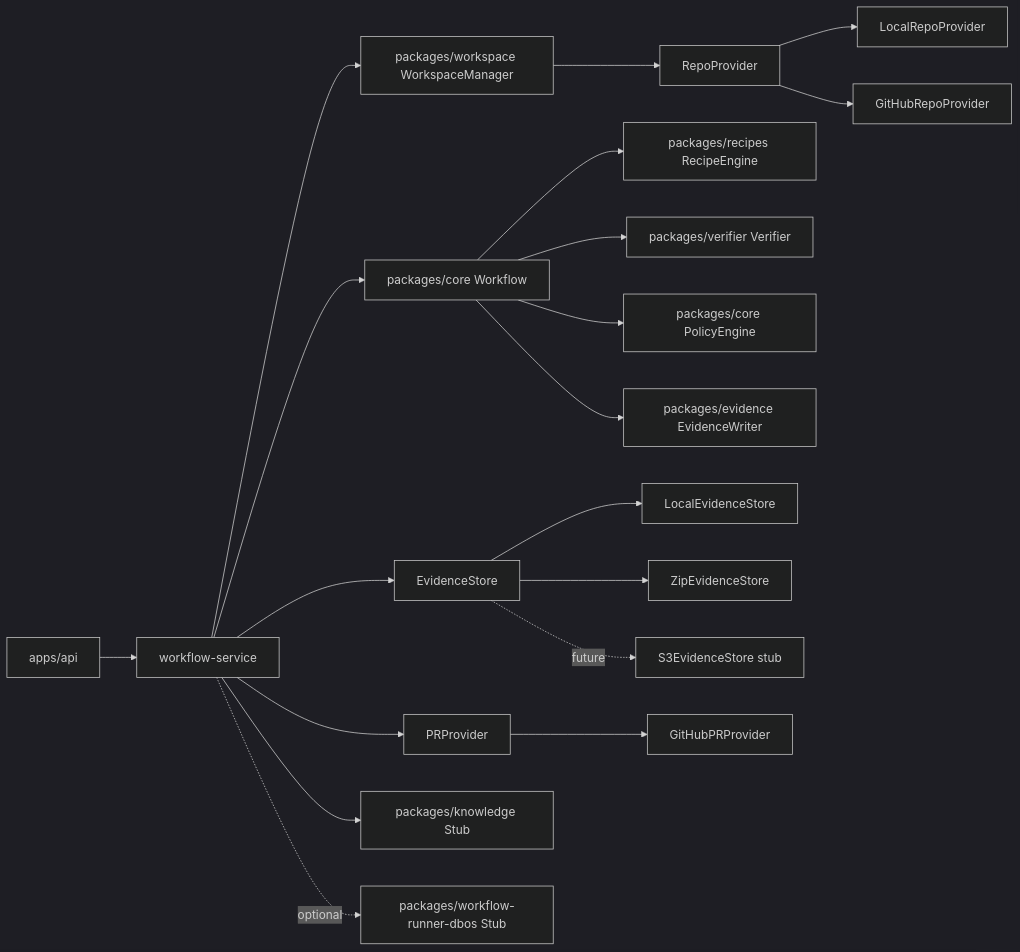
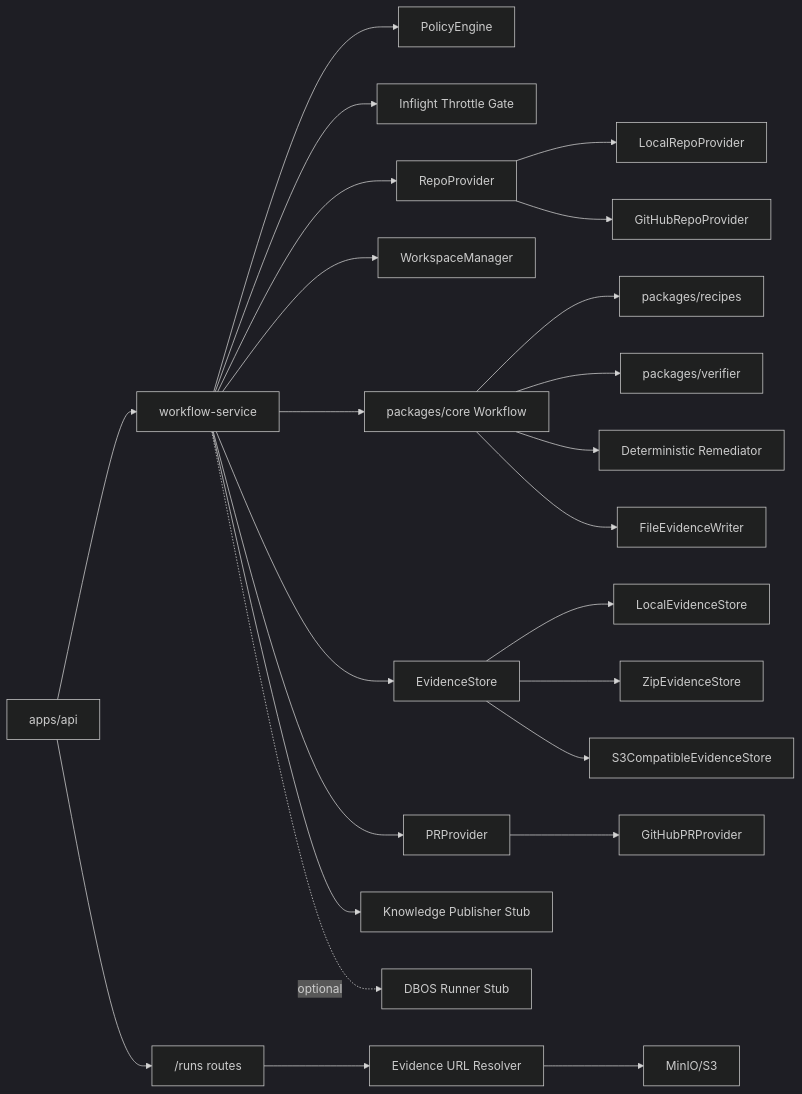
Before and after one commit to Coreledger-tech/code-porter: the first of 2 diagrams in docs/ARCHITECTURE.md, drawn with Mermaid (dark theme). The commit also changed other lines of this file and 69 other files, not shown here.

````diff
--- a/docs/ARCHITECTURE.md
+++ b/docs/ARCHITECTURE.md
@@ -4,21 +4,26 @@
 ```mermaid
 flowchart LR
-  API[apps/api] --> SVC[workflow-service]
-  SVC --> WM[packages/workspace WorkspaceManager]
-  WM --> RP[RepoProvider]
-  RP --> LRP[LocalRepoProvider]
-  RP --> GRP[GitHubRepoProvider]
-  SVC --> CORE[packages/core Workflow]
-  CORE --> REC[packages/recipes RecipeEngine]
-  CORE --> VER[packages/verifier Verifier]
-  CORE --> POL[packages/core PolicyEngine]
-  CORE --> EW[packages/evidence EvidenceWriter]
-  SVC --> ES[EvidenceStore]
-  ES --> LES[LocalEvidenceStore]
-  ES --> ZES[ZipEvidenceStore]
-  ES -. future .-> SES[S3EvidenceStore stub]
-  SVC --> PR[PRProvider]
-  PR --> GPR[GitHubPRProvider]
-  SVC --> KNOW[packages/knowledge Stub]
-  SVC -. optional .-> DBOS[packages/workflow-runner-dbos Stub]
+  API["apps/api"] --> SVC["workflow-service"]
+  SVC --> POL["PolicyEngine"]
+  SVC --> THROTTLE["Inflight Throttle Gate"]
+  SVC --> RP["RepoProvider"]
+  RP --> LRP["LocalRepoProvider"]
+  RP --> GRP["GitHubRepoProvider"]
+  SVC --> WM["WorkspaceManager"]
+  SVC --> CORE["packages/core Workflow"]
+  CORE --> REC["packages/recipes"]
+  CORE --> VER["packages/verifier"]
+  CORE --> REM["Deterministic Remediator"]
+  CORE --> EW["FileEvidenceWriter"]
+  SVC --> ES["EvidenceStore"]
+  ES --> LES["LocalEvidenceStore"]
+  ES --> ZES["ZipEvidenceStore"]
+  ES --> SES["S3CompatibleEvidenceStore"]
+  SVC --> PR["PRProvider"]
+  PR --> GPR["GitHubPRProvider"]
+  API --> RUNS["/runs routes"]
+  RUNS --> URLS["Evidence URL Resolver"]
+  URLS --> S3["MinIO/S3"]
+  SVC --> KNOW["Knowledge Publisher Stub"]
+  SVC -. optional .-> DBOS["DBOS Runner Stub"]
 ```
````
